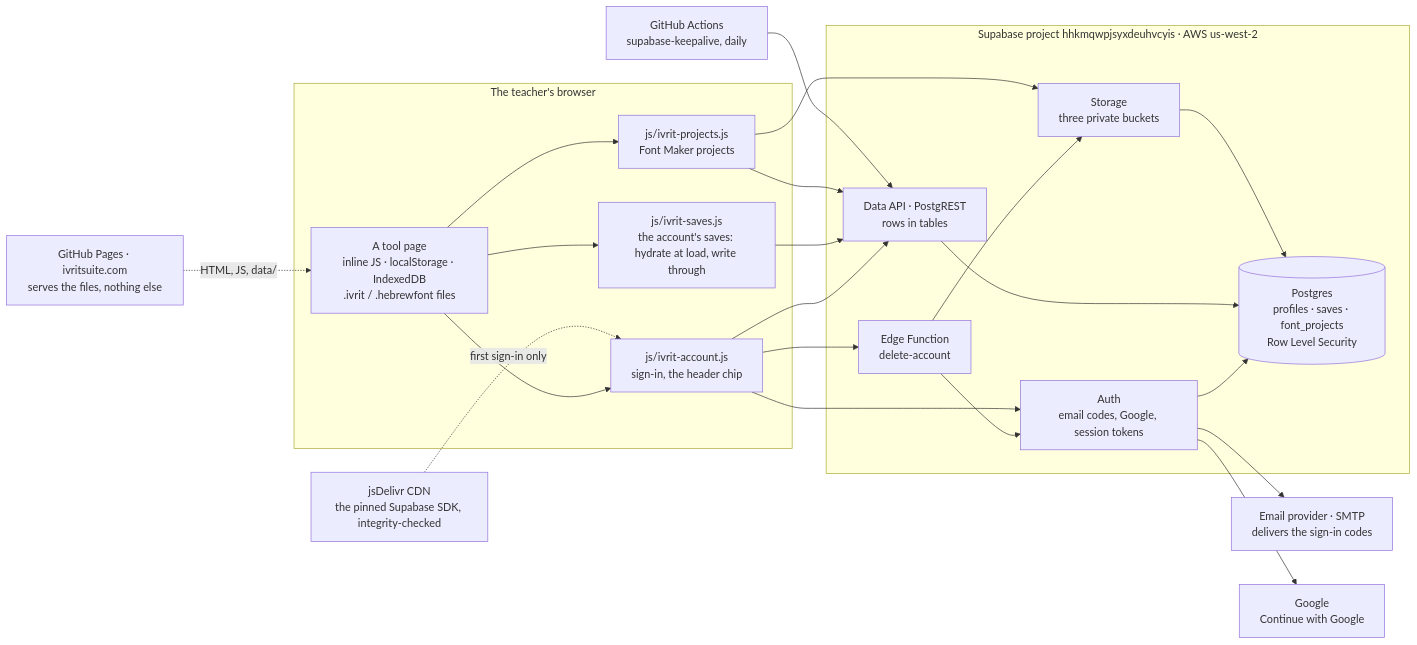
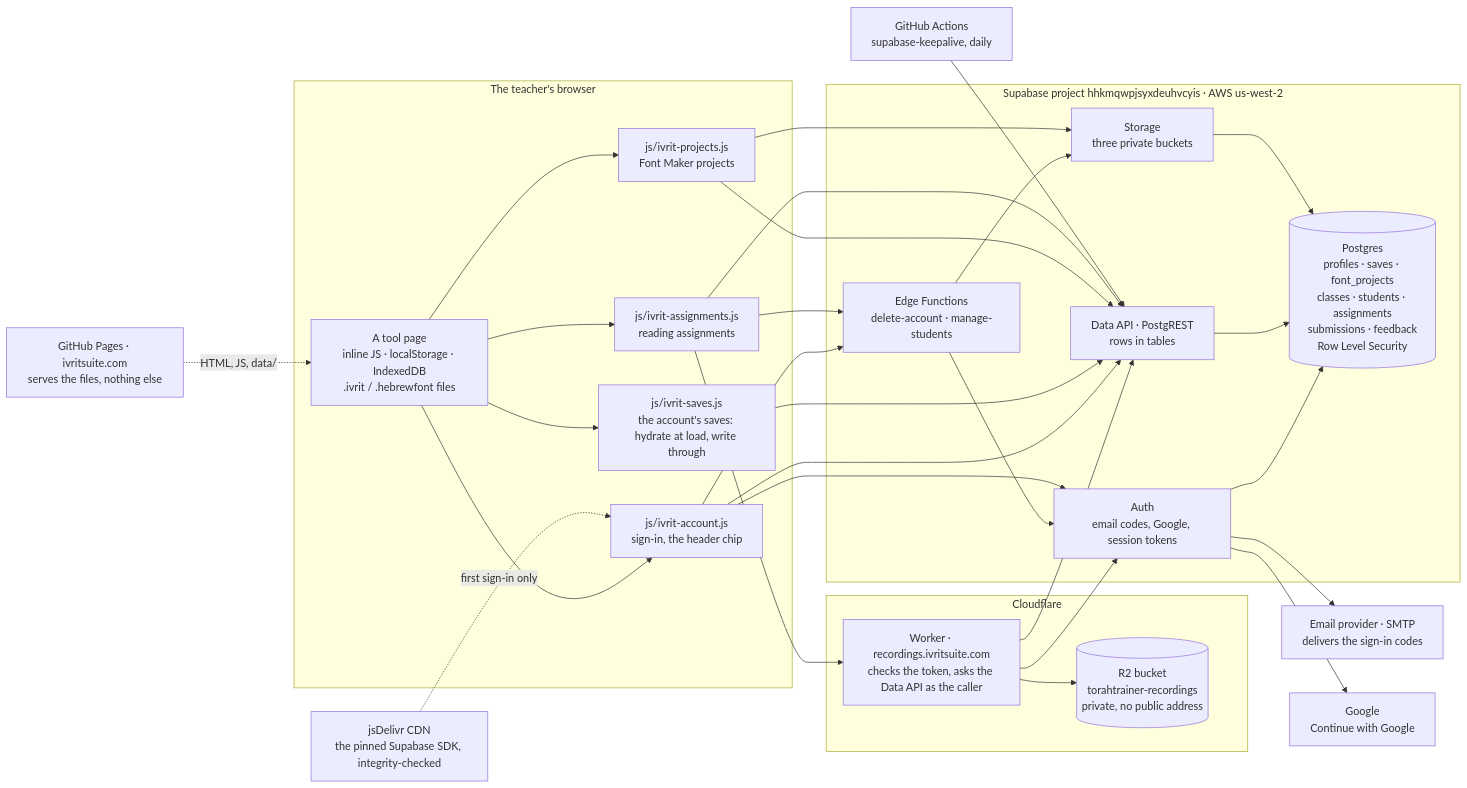
One commit to Hbleiberg/Hebrew_Blender changed the first of 4 diagrams in docs/backend-architecture.md. Above: the diagram before and after it, drawn with Mermaid. The commit also changed other lines of this file and 16 other files, not shown here.

First line of the commit message:
Reading assignments: the words — policy text, reference docs, the teacher's guide, the rules, sw v1140

````diff
--- a/docs/backend-architecture.md
+++ b/docs/backend-architecture.md
@@ -22,37 +25,49 @@
 ```mermaid
 flowchart LR
   subgraph browser["The teacher's browser"]
     page["A tool page<br/>inline JS · localStorage · IndexedDB<br/>.ivrit / .hebrewfont files"]
     acct["js/ivrit-account.js<br/>sign-in, the header chip"]
     saves["js/ivrit-saves.js<br/>the account's saves: hydrate at load, write through"]
     proj["js/ivrit-projects.js<br/>Font Maker projects"]
+    asg["js/ivrit-assignments.js<br/>reading assignments"]
     page --> acct
     page --> saves
     page --> proj
+    page --> asg
   end
+  subgraph cloudflare["Cloudflare"]
+    worker["Worker · recordings.ivritsuite.com<br/>checks the token, asks the Data API as the caller"]
+    r2[("R2 bucket<br/>torahtrainer-recordings<br/>private, no public address")]
+    worker --> r2
+  end
+  asg --> worker
+  worker --> api
+  worker --> auth
   pages["GitHub Pages · ivritsuite.com<br/>serves the files, nothing else"] -. "HTML, JS, data/" .-> page
   cdn["jsDelivr CDN<br/>the pinned Supabase SDK, integrity-checked"] -. "first sign-in only" .-> acct
   subgraph supabase["Supabase project hhkmqwpjsyxdeuhvcyis · AWS us-west-2"]
     auth["Auth<br/>email codes, Google, session tokens"]
     api["Data API · PostgREST<br/>rows in tables"]
     storage["Storage<br/>three private buckets"]
-    fn["Edge Function<br/>delete-account"]
-    db[("Postgres<br/>profiles · saves · font_projects<br/>Row Level Security")]
+    fn["Edge Functions<br/>delete-account · manage-students"]
+    db[("Postgres<br/>profiles · saves · font_projects<br/>classes · students · assignments<br/>submissions · feedback<br/>Row Level Security")]
     auth --> db
     api --> db
     storage --> db
     fn --> auth
     fn --> storage
   end
   acct --> auth
   acct --> fn
   acct --> api
   saves --> api
   proj --> api
   proj --> storage
+  asg --> api
+  asg --> fn
   mail["Email provider · SMTP<br/>delivers the sign-in codes"]
   google["Google<br/>Continue with Google"]
   auth --> mail
   auth --> google
   actions["GitHub Actions<br/>supabase-keepalive, daily"] --> api
 ```
````
